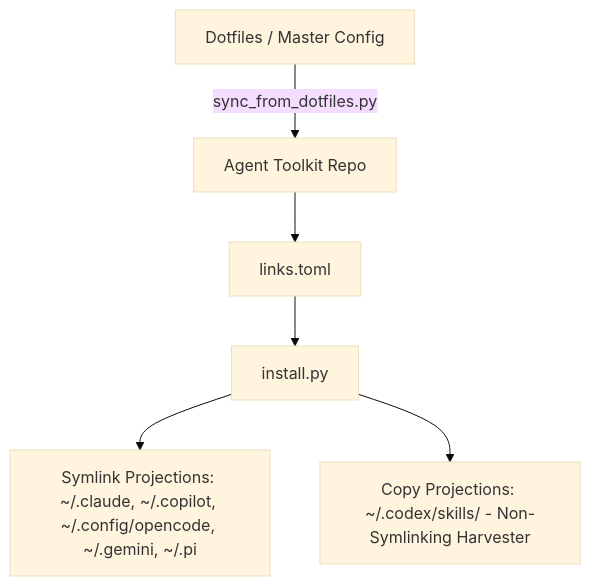
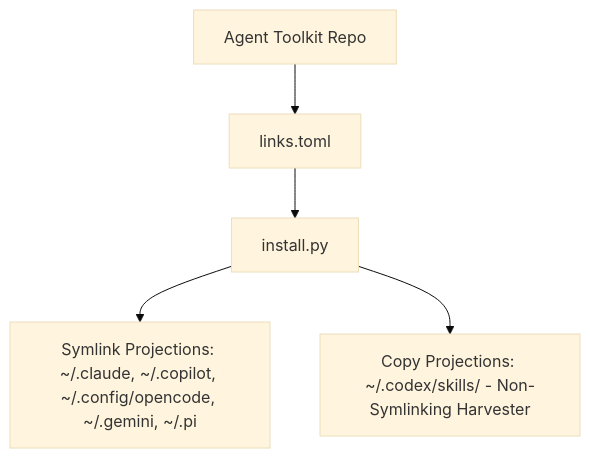
One commit to theonepichael/agent-toolkit changed the fourth of 5 diagrams in docs/architecture/overview.md. Above: the diagram before and after it, drawn with Mermaid (base theme). The commit also changed 15 other files, not shown here.

First line of the commit message:
chore: delete sync_from_dotfiles.py, author CORE_INSTRUCTIONS.md directly

````diff
--- a/docs/architecture/overview.md
+++ b/docs/architecture/overview.md
@@ -156,8 +156,7 @@
 ```mermaid
 flowchart TD
-    Dotfiles[Dotfiles / Master Config] -->|sync_from_dotfiles.py| RepoRoot[Agent Toolkit Repo]
-    RepoRoot --> Manifest[links.toml]
+    RepoRoot[Agent Toolkit Repo] --> Manifest[links.toml]
     Manifest --> Installer[install.py]
     Installer --> Symlinks[Symlink Projections: ~/.claude, ~/.copilot, ~/.config/opencode, ~/.gemini, ~/.pi]
     Installer --> Copies[Copy Projections: ~/.codex/skills/ - Non-Symlinking Harvester]
 ```
````
